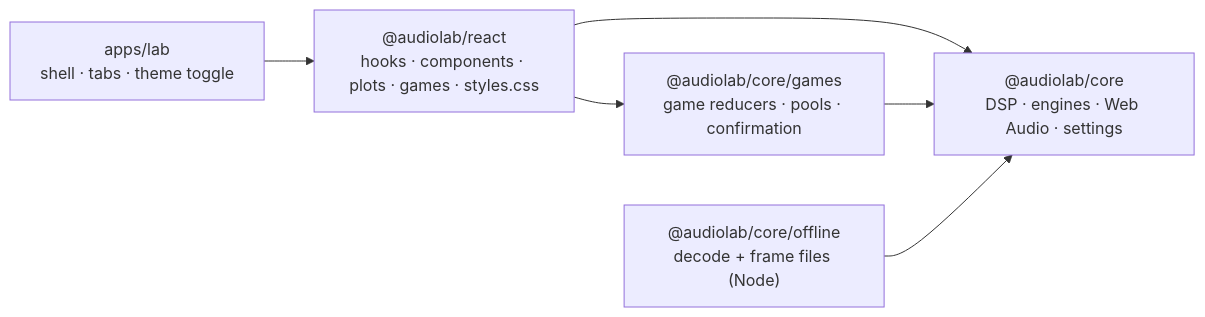
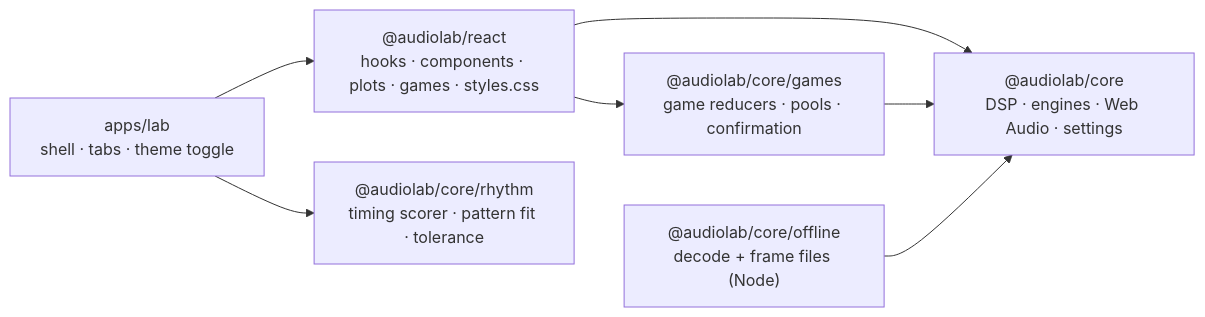
The first of 4 diagrams in docs/ARCHITECTURE.md (Dicdaplon/AudioLab), drawn with Mermaid before and after one commit. The commit also changed other lines of this file and 8 other files, not shown here.

Commit message:
docs: onset timing, adaptive gate, latency budget and rhythm scoring

````diff
--- a/docs/ARCHITECTURE.md
+++ b/docs/ARCHITECTURE.md
@@ -23,9 +24,11 @@
 ```mermaid
 flowchart LR
     Lab["apps/lab<br/>shell · tabs · theme toggle"] --> React
     React["@audiolab/react<br/>hooks · components · plots · games · styles.css"] --> Core
     Core["@audiolab/core<br/>DSP · engines · Web Audio · settings"]
     Games["@audiolab/core/games<br/>game reducers · pools · confirmation"] --> Core
     React --> Games
+    Rhythm["@audiolab/core/rhythm<br/>timing scorer · pattern fit · tolerance"]
+    Lab --> Rhythm
     Offline["@audiolab/core/offline<br/>decode + frame files (Node)"] --> Core
 ```
````
